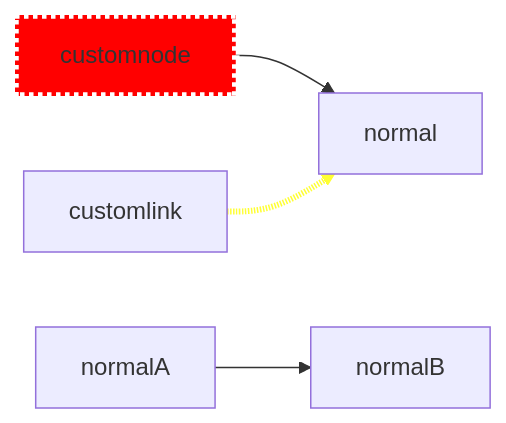
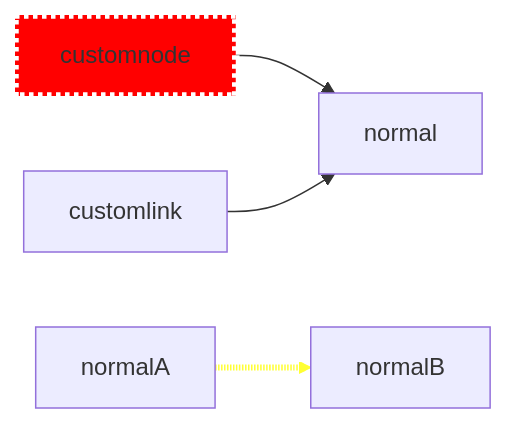
One commit to bauworks/BSS changed the ninth of 19 diagrams in 第39回BSS（マークダウンでドキュメント作成).md. Above: the diagram before and after it, drawn with Mermaid. The commit also changed other lines of this file, not shown here.

````diff
--- a/第39回BSS（マークダウンでドキュメント作成).md
+++ b/第39回BSS（マークダウンでドキュメント作成).md
@@ -300,10 +317,10 @@
 ```mermaid
 graph LR
     customnode --> normal
     style customnode fill:#f00,stroke:#fff,stroke-width:5px,stroke-dasharray:3
 
     customlink --> normal
     normalA --> normalB
 
-    linkStyle 1 stroke:#ff3,stroke-width:4px,stroke-dasharray: 1
+    linkStyle 2 stroke:#ff3,stroke-width:4px,stroke-dasharray: 1
 ```
````
